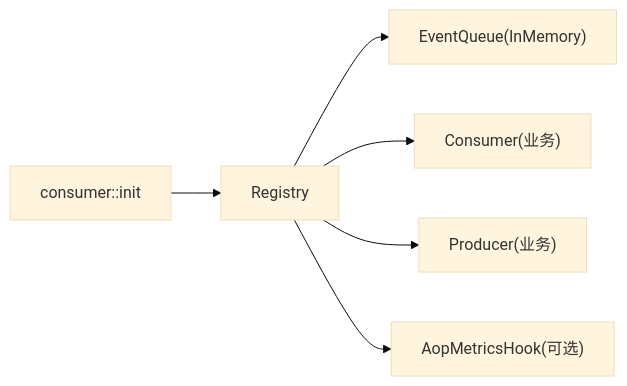
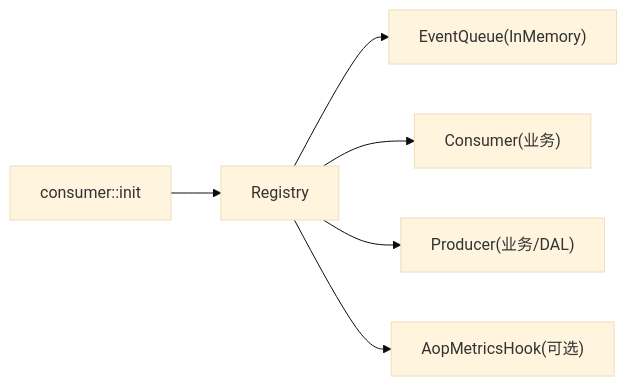
Before and after one commit to runningcoders/ai_orz: the eighth of 8 diagrams in docs/wiki/zh/content/核心模块/AOP 事件系统/事件队列系统/事件队列系统.md, drawn with Mermaid (base theme). The commit also changed other lines of this file and 37 other files, not shown here.

````diff
--- a/docs/wiki/zh/content/核心模块/AOP 事件系统/事件队列系统/事件队列系统.md
+++ b/docs/wiki/zh/content/核心模块/AOP 事件系统/事件队列系统/事件队列系统.md
@@ -273,8 +287,8 @@
 ```mermaid
 graph LR
 REG["Registry"] --> Q["EventQueue(InMemory)"]
 REG --> C["Consumer(业务)"]
-REG --> P["Producer(业务)"]
+REG --> P["Producer(业务/DAL)"]
 CONMOD["consumer::init"] --> REG
 REG --> MET["AopMetricsHook(可选)"]
 ```
````
